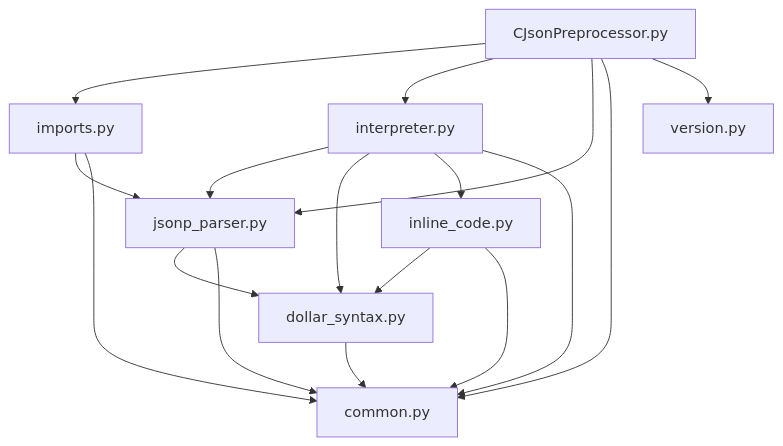
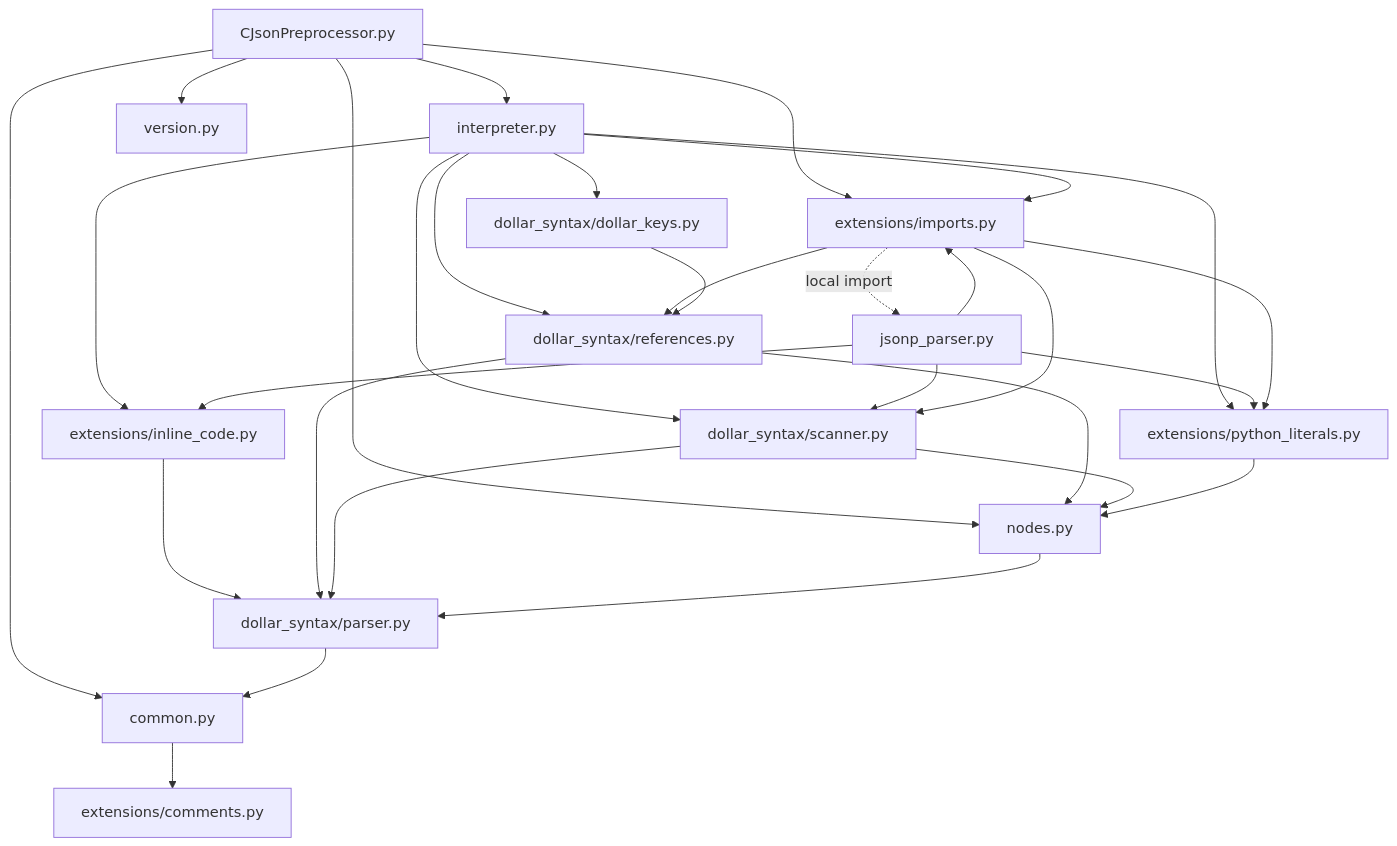
Before and after one commit to test-fullautomation/python-jsonpreprocessor: the second of 2 diagrams in doc/developers/index.md, drawn with Mermaid. The commit also changed other lines of this file and 20 other files, not shown here.

Commit message:
reorganize files. separate extended json syntax from dollar syntax

````diff
--- a/doc/developers/index.md
+++ b/doc/developers/index.md
@@ -64,19 +76,32 @@
 ```mermaid
 flowchart TD
-    CJ[CJsonPreprocessor.py] --> IM[imports.py]
+    CJ[CJsonPreprocessor.py] --> IM[extensions/imports.py]
     CJ --> INT[interpreter.py]
-    CJ --> JP[jsonp_parser.py]
     CJ --> CO[common.py]
     CJ --> V[version.py]
-    IM --> JP
-    IM --> CO
-    INT --> JP
-    INT --> DS[dollar_syntax.py]
-    INT --> IC[inline_code.py]
-    INT --> CO
-    IC --> DS
-    IC --> CO
-    JP --> DS
-    JP --> CO
-    DS --> CO
+    CJ --> NO
+    INT --> REF[dollar_syntax/references.py]
+    INT --> DK[dollar_syntax/dollar_keys.py]
+    INT --> SC
+    INT --> IM
+    INT --> IC[extensions/inline_code.py]
+    INT --> PL[extensions/python_literals.py]
+    JP[jsonp_parser.py] --> SC[dollar_syntax/scanner.py]
+    JP --> IM
+    JP --> IC
+    JP --> PL
+    IM -. local import .-> JP
+    IM --> REF
+    IM --> SC
+    IM --> PL
+    DK --> REF
+    REF --> NO[nodes.py]
+    SC --> NO
+    PL --> NO
+    IC --> DP[dollar_syntax/parser.py]
+    REF --> DP
+    SC --> DP
+    NO --> DP
+    DP --> CO
+    CO --> CM[extensions/comments.py]
 ```
````
